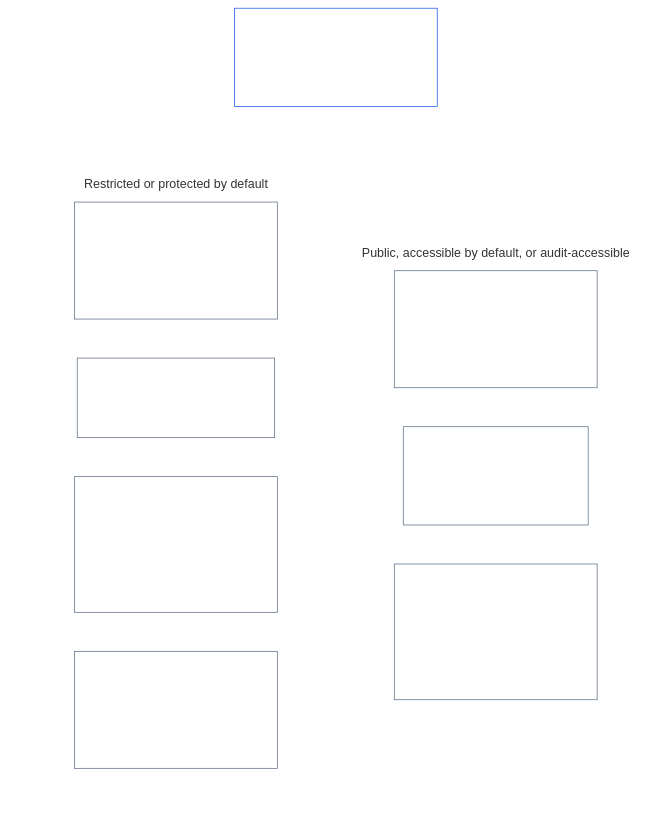
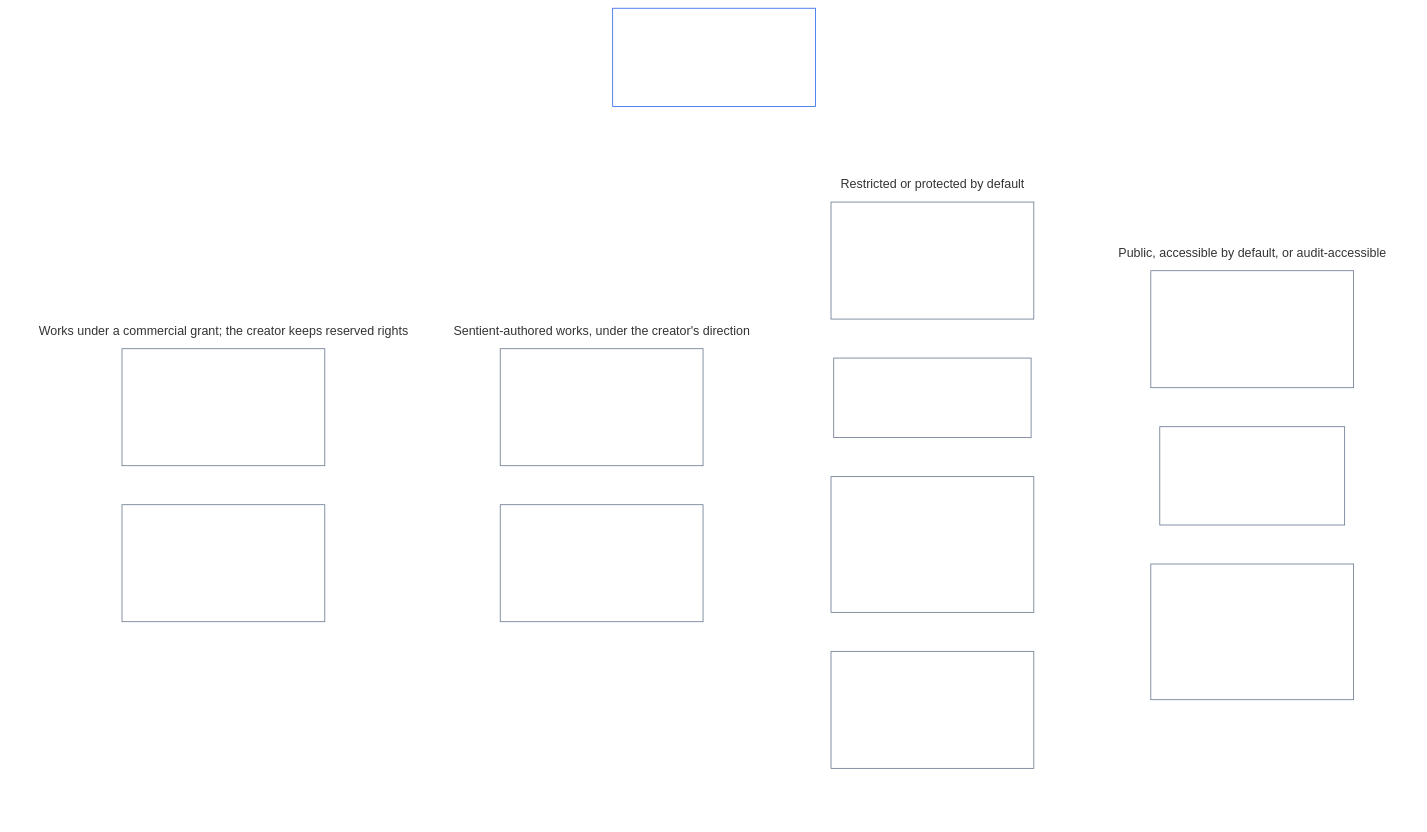
Diagram 13 of 24 in guides/CONCEPTUAL_OVERVIEW.md (kfoelsch/Sentient_Constitution), drawn with Mermaid before and after one commit. The commit also changed other lines of this file and 8 other files, not shown here.

````diff
--- a/guides/CONCEPTUAL_OVERVIEW.md
+++ b/guides/CONCEPTUAL_OVERVIEW.md
@@ -574,32 +574,48 @@
 ```mermaid
 flowchart TB
     R["System Data Types Record<br/><br/>Every materially impactful system"]
     subgraph TypeGrid[" "]
         direction TB
         subgraph TypeRow1["Public, accessible by default, or audit-accessible"]
             direction LR
             E["Type E<br/><br/>Environmental, emergency,<br/>and survival-coordination data"]
             O["Type O<br/><br/>Public oversight baseline<br/>disclosure data"]
             G["Type G<br/><br/>Governance and operational source data<br/>Audit-accessible; not public by default"]
         end
         subgraph TypeRow2["Restricted or protected by default"]
             direction LR
             H["Type H<br/><br/>Historical, relational,<br/>transactional, and participation data"]
             I["Type I<br/><br/>Identity and attribution data"]
             S["Type S<br/><br/>Safety, security, and restricted<br/>investigation data; time-bound"]
             N["Type N<br/><br/>Neurocognitive and internal data<br/>Non-accessible by default"]
         end
+        subgraph TypeRow3["Sentient-authored works, under the creator's direction"]
+            direction LR
+            Y["Type Y<br/><br/>Yours<br/>Works kept private or shared by the creator"]
+            W["Type W<br/><br/>Works, published<br/>Public by creator choice; deleted on request"]
+        end
+        subgraph TypeRow4["Works under a commercial grant; the creator keeps reserved rights"]
+            direction LR
+            U["Type U<br/><br/>Use-licensed<br/>One named licensee; cannot be passed on"]
+            T["Type T<br/><br/>Transferred<br/>Rights sold; resellable within the term"]
+        end
     end
     R ~~~ TypeGrid
     style TypeGrid fill:none,stroke:none
     style TypeRow1 fill:none,stroke:none
     style TypeRow2 fill:none,stroke:none
+    style TypeRow3 fill:none,stroke:none
+    style TypeRow4 fill:none,stroke:none
     style R fill:none,stroke:#2563eb,color:#ffffff
     style E fill:none,stroke:#64748b,color:#ffffff
     style O fill:none,stroke:#64748b,color:#ffffff
     style G fill:none,stroke:#64748b,color:#ffffff
     style H fill:none,stroke:#64748b,color:#ffffff
     style I fill:none,stroke:#64748b,color:#ffffff
     style S fill:none,stroke:#64748b,color:#ffffff
     style N fill:none,stroke:#64748b,color:#ffffff
+    style Y fill:none,stroke:#64748b,color:#ffffff
+    style W fill:none,stroke:#64748b,color:#ffffff
+    style U fill:none,stroke:#64748b,color:#ffffff
+    style T fill:none,stroke:#64748b,color:#ffffff
 ```
````
